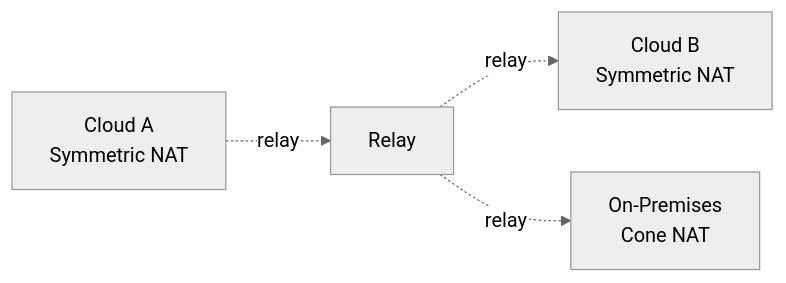
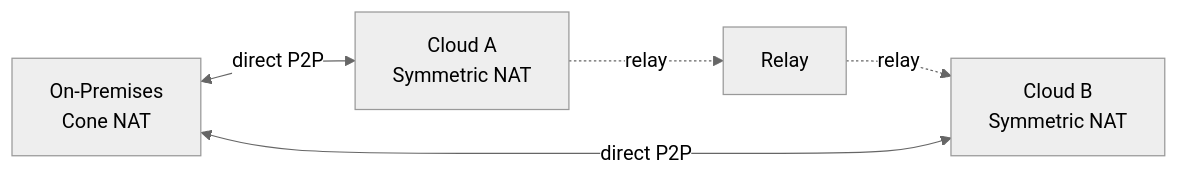
One commit to inerplat/wirekube changed the third of 6 diagrams in docs/operations/topologies.md. Above: the diagram before and after it, drawn with Mermaid (neutral theme). The commit also changed other lines of this file and 9 other files, not shown here.

First line of the commit message:
feat: add natType/peerTransports fields and enable Cone↔Symmetric direct P2P

````diff
--- a/docs/operations/topologies.md
+++ b/docs/operations/topologies.md
@@ -67,6 +67,7 @@
 ```mermaid
 flowchart LR
     VPC-A[Cloud A<br/>Symmetric NAT] -.->|relay| R[Relay]
     R -.->|relay| VPC-B[Cloud B<br/>Symmetric NAT]
-    R -.->|relay| OnPrem[On-Premises<br/>Cone NAT]
+    OnPrem[On-Premises<br/>Cone NAT] <-->|direct P2P| VPC-A
+    OnPrem <-->|direct P2P| VPC-B
 ```
````
